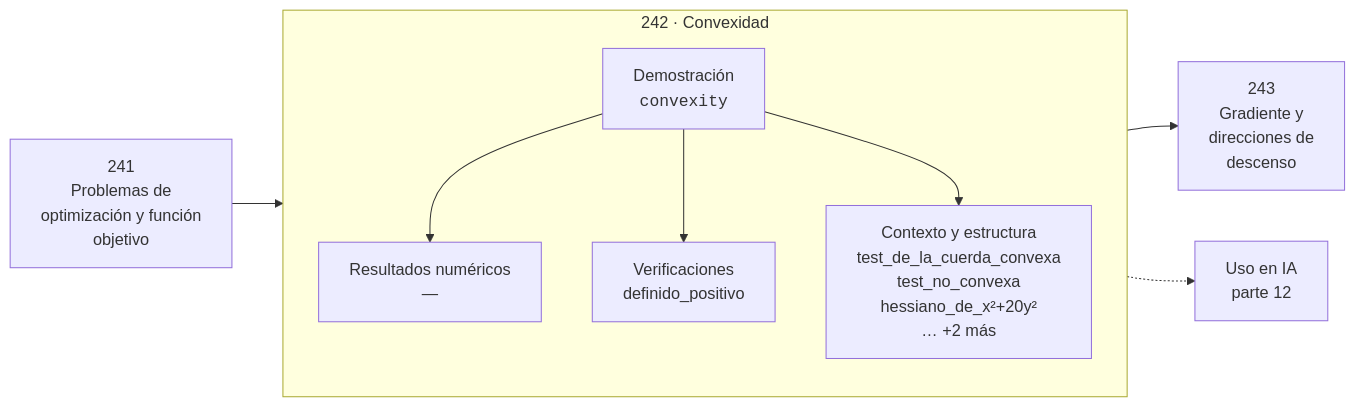
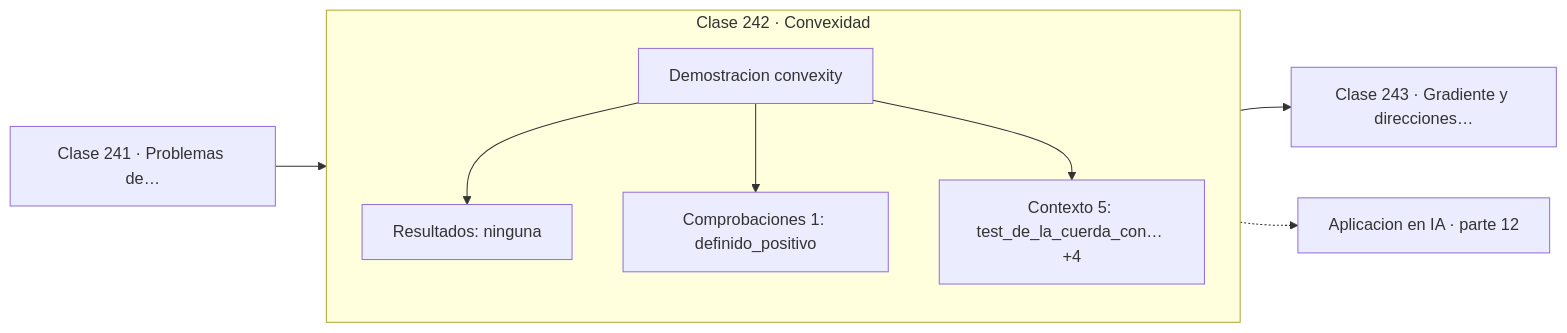
One commit to vladimiracunadev-create/computational-mathematics-program changed the diagram in classes/part-12-optimizacion-matematica-y-computacional/242-convexidad/README.md. Above: the diagram before and after it, drawn with Mermaid. The commit also changed 389 other files, not shown here.

First line of the commit message:
fix(diagramas): elimina el HTML de las etiquetas Mermaid

````diff
--- a/classes/part-12-optimizacion-matematica-y-computacional/242-convexidad/README.md
+++ b/classes/part-12-optimizacion-matematica-y-computacional/242-convexidad/README.md
@@ -30,12 +30,13 @@
 ```mermaid
 flowchart LR
-    P["241<br/>Problemas de<br/>optimización y función<br/>objetivo"] --> C
-    subgraph C["242 · Convexidad"]
+    P["Clase 241 · Problemas de…"] --> D
+    subgraph CLASE["Clase 242 · Convexidad"]
         direction TB
-        D["Demostración<br/><code>convexity</code>"] --> R["Resultados numéricos<br/>—"]
-        D --> V["Verificaciones<br/>definido_positivo"]
-        D --> O["Contexto y estructura<br/>test_de_la_cuerda_convexa<br/>test_no_convexa<br/>hessiano_de_x²+20y²<br/>… +2 más"]
+        D["Demostracion convexity"]
+        D --> R["Resultados: ninguna"]
+        D --> V["Comprobaciones 1: definido_positivo"]
+        D --> O["Contexto 5: test_de_la_cuerda_con… +4"]
     end
-    C --> N["243<br/>Gradiente y<br/>direcciones de<br/>descenso"]
-    C -.-> IA["Uso en IA<br/>parte 12"]
+    R --> N["Clase 243 · Gradiente y direcciones…"]
+    V -.-> IA["Aplicacion en IA · parte 12"]
 ```
````
